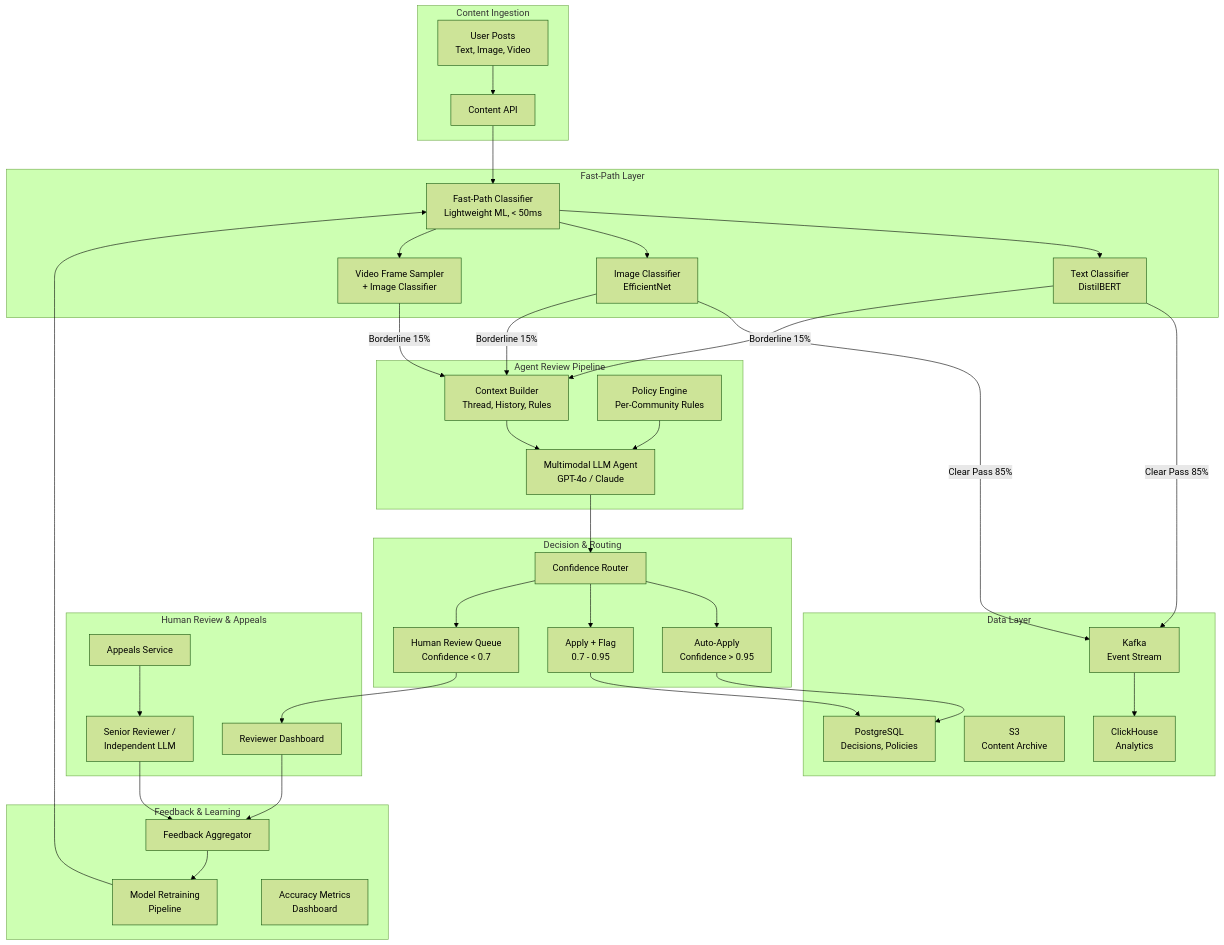
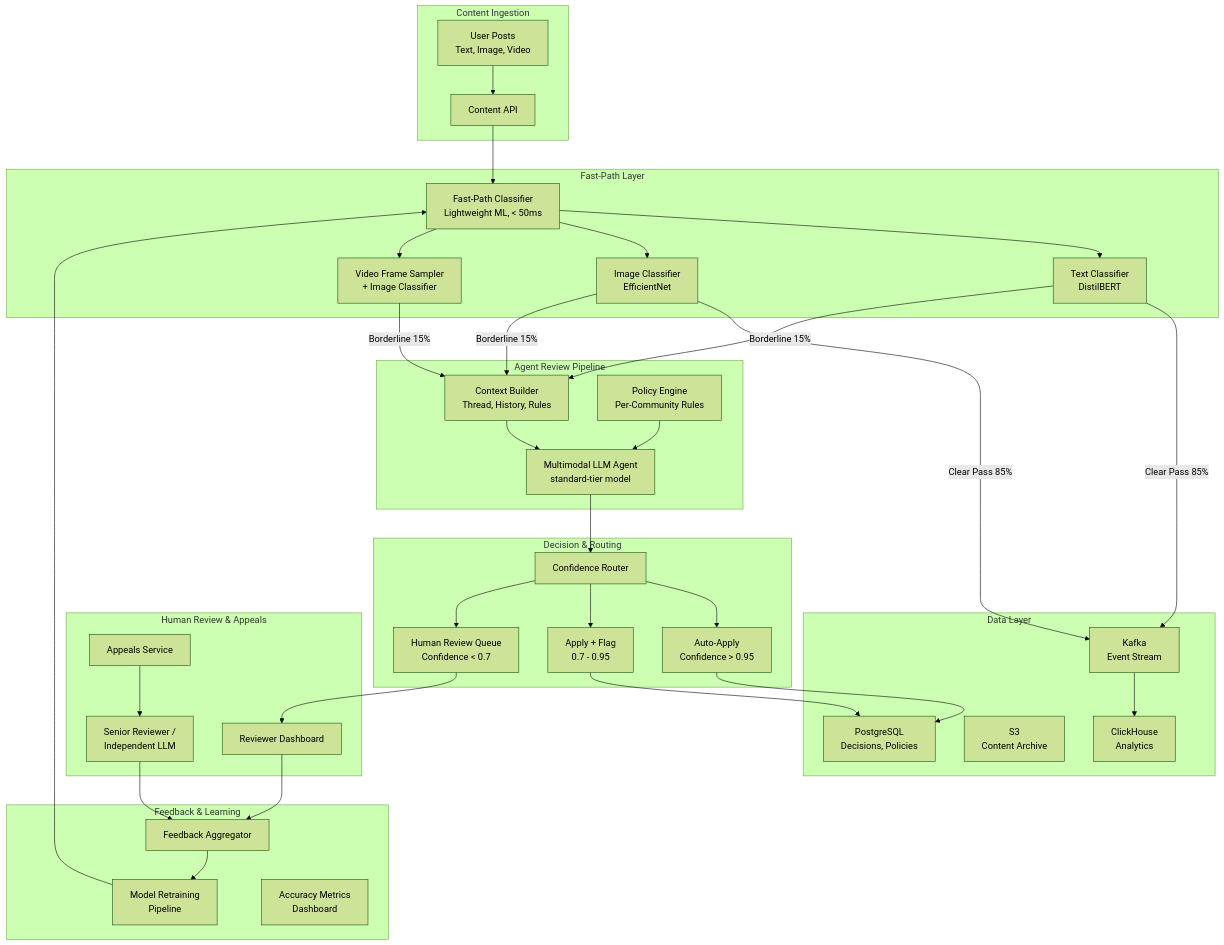
The first of 4 diagrams in docs/architecture-design/content-moderation.md (spawn08/agentic-ai-interview-kit), drawn with Mermaid (forest theme) before and after one commit. The commit also changed other lines of this file and 150 other files, not shown here.

````diff
--- a/docs/architecture-design/content-moderation.md
+++ b/docs/architecture-design/content-moderation.md
@@ -63,77 +64,77 @@
 ```mermaid
 graph TB
     subgraph "Content Ingestion"
         Posts[User Posts<br/>Text, Image, Video]
         API[Content API]
     end
 
     subgraph "Fast-Path Layer"
         FPC[Fast-Path Classifier<br/>Lightweight ML, &lt; 50ms]
         TextCls[Text Classifier<br/>DistilBERT]
         ImgCls[Image Classifier<br/>EfficientNet]
         VidCls[Video Frame Sampler<br/>+ Image Classifier]
     end
 
     subgraph "Agent Review Pipeline"
         CtxBuilder[Context Builder<br/>Thread, History, Rules]
-        LLMAgent[Multimodal LLM Agent<br/>GPT-4o / Claude]
+        LLMAgent[Multimodal LLM Agent<br/>standard-tier model]
         PolicyEng[Policy Engine<br/>Per-Community Rules]
     end
 
     subgraph "Decision & Routing"
         ConfRouter[Confidence Router]
         AutoApply[Auto-Apply<br/>Confidence &gt; 0.95]
         FlagAudit[Apply + Flag<br/>0.7 - 0.95]
         HumanQ[Human Review Queue<br/>Confidence &lt; 0.7]
     end
 
     subgraph "Human Review & Appeals"
         ReviewUI[Reviewer Dashboard]
         Appeals[Appeals Service]
         SeniorReview[Senior Reviewer /<br/>Independent LLM]
     end
 
     subgraph "Feedback & Learning"
         FeedbackAgg[Feedback Aggregator]
         Retrain[Model Retraining<br/>Pipeline]
         EvalMetrics[Accuracy Metrics<br/>Dashboard]
     end
 
     subgraph "Data Layer"
         Kafka[Kafka<br/>Event Stream]
         PG[PostgreSQL<br/>Decisions, Policies]
         S3[S3<br/>Content Archive]
         ClickHouse[ClickHouse<br/>Analytics]
     end
 
     Posts --> API
     API --> FPC
     FPC --> TextCls
     FPC --> ImgCls
     FPC --> VidCls
 
     TextCls -- "Clear Pass 85%" --> Kafka
     ImgCls -- "Clear Pass 85%" --> Kafka
     TextCls -- "Borderline 15%" --> CtxBuilder
     ImgCls -- "Borderline 15%" --> CtxBuilder
     VidCls -- "Borderline 15%" --> CtxBuilder
 
     CtxBuilder --> LLMAgent
     PolicyEng --> LLMAgent
     LLMAgent --> ConfRouter
 
     ConfRouter --> AutoApply
     ConfRouter --> FlagAudit
     ConfRouter --> HumanQ
 
     HumanQ --> ReviewUI
     Appeals --> SeniorReview
     ReviewUI --> FeedbackAgg
     SeniorReview --> FeedbackAgg
     FeedbackAgg --> Retrain
     Retrain --> FPC
 
     AutoApply --> PG
     FlagAudit --> PG
     Kafka --> ClickHouse
 ```
````
